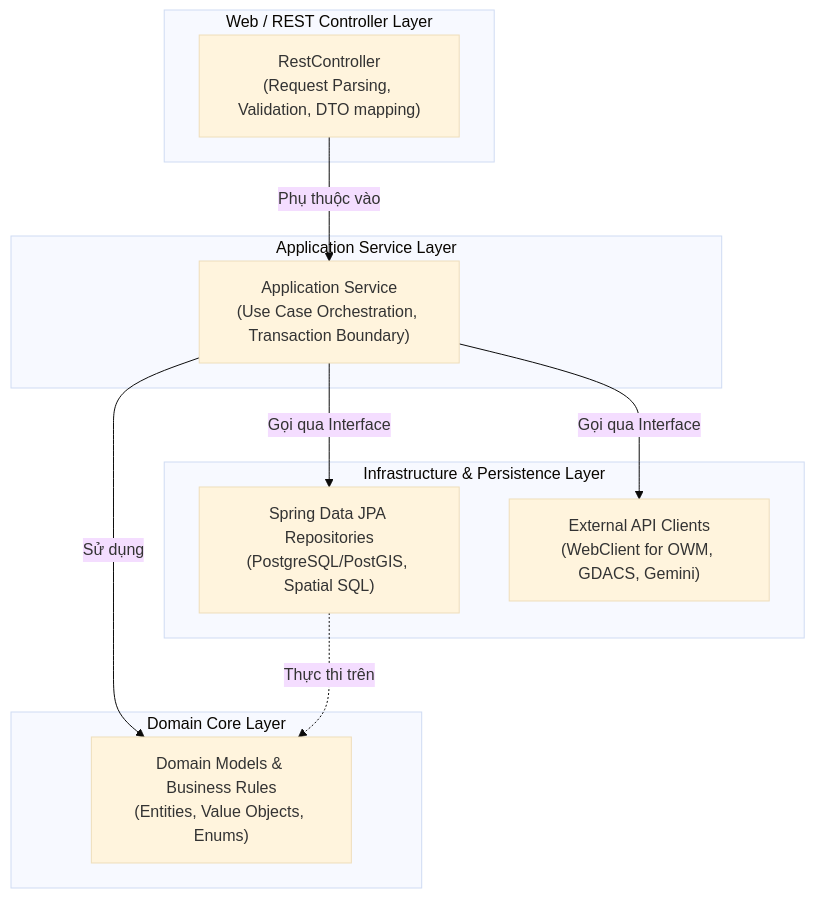
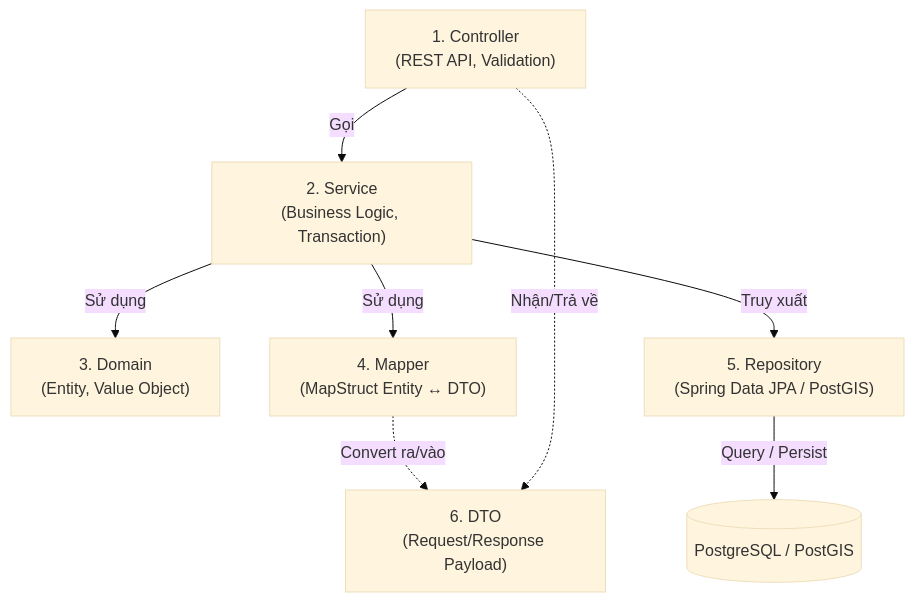
Before and after one commit to vllddlvh/VNstormgis: the third of 16 diagrams in docs/The plans of project/5. System Architecture.md, drawn with Mermaid (base theme). The commit also changed other lines of this file and 28 other files, not shown here.

````diff
--- a/docs/The plans of project/5. System Architecture.md
+++ b/docs/The plans of project/5. System Architecture.md
@@ -264,25 +280,10 @@
 ```mermaid
 flowchart TD
-    subgraph UI_REST_Layer [" Web / REST Controller Layer "]
-        CTRL["RestController<br/>(Request Parsing, Validation, DTO mapping)"]
-    end
-
-    subgraph App_Service_Layer [" Application Service Layer "]
-        SVC["Application Service<br/>(Use Case Orchestration, Transaction Boundary)"]
-    end
-
-    subgraph Domain_Layer [" Domain Core Layer "]
-        MODEL["Domain Models & Business Rules<br/>(Entities, Value Objects, Enums)"]
-    end
-
-    subgraph Infra_Layer [" Infrastructure & Persistence Layer "]
-        REPO["Spring Data JPA Repositories<br/>(PostgreSQL/PostGIS, Spatial SQL)"]
-        EXT_CLIENT["External API Clients<br/>(WebClient for OWM, GDACS, Gemini)"]
-    end
-
-    CTRL -->|Phụ thuộc vào| SVC
-    SVC -->|Sử dụng| MODEL
-    SVC -->|Gọi qua Interface| REPO
-    SVC -->|Gọi qua Interface| EXT_CLIENT
-    REPO -.->|Thực thi trên| MODEL
+    CTRL["1. Controller<br/>(REST API, Validation)"] -->|Gọi| SVC["2. Service<br/>(Business Logic, Transaction)"]
+    SVC -->|Sử dụng| DOMAIN["3. Domain<br/>(Entity, Value Object)"]
+    SVC -->|Sử dụng| MAPPER["4. Mapper<br/>(MapStruct Entity ↔ DTO)"]
+    SVC -->|Truy xuất| REPO["5. Repository<br/>(Spring Data JPA / PostGIS)"]
+    REPO -->|Query / Persist| DB[("PostgreSQL / PostGIS")]
+    MAPPER -.->|Convert ra/vào| DTO["6. DTO<br/>(Request/Response Payload)"]
+    CTRL -.->|Nhận/Trả về| DTO
 ```
````
